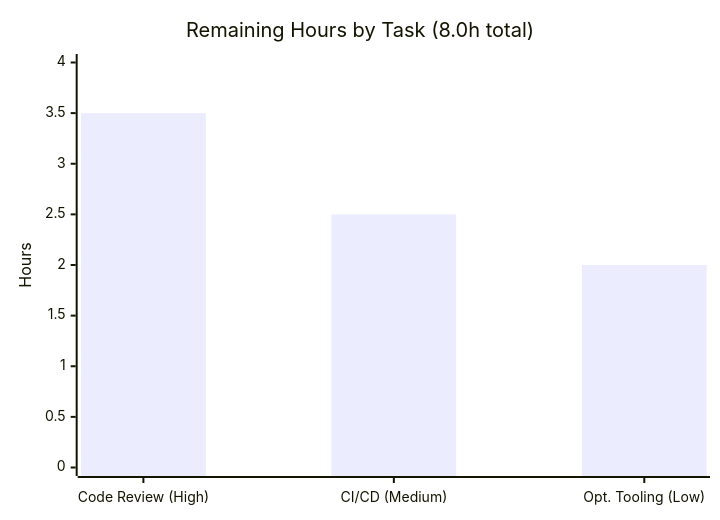
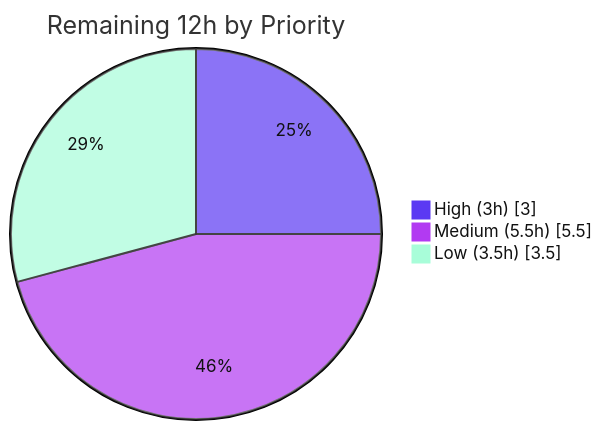
Before and after one commit to ajitblitzy/Society_mngt_300K_Nested: the third of 3 diagrams in blitzy/documentation/Project Guide.md, drawn with Mermaid. The commit also changed other lines of this file, not shown here.

Commit message:
Adding Blitzy Project Guide: Project Status and Human Tasks Remaining

````diff
--- a/blitzy/documentation/Project Guide.md
+++ b/blitzy/documentation/Project Guide.md
@@ -217,7 +215,7 @@
 ```mermaid
-xychart-beta
-    title "Remaining Hours by Task (8.0h total)"
-    x-axis ["Code Review (High)", "CI/CD (Medium)", "Opt. Tooling (Low)"]
-    y-axis "Hours" 0 --> 4
-    bar [3.5, 2.5, 2.0]
+%%{init: {'theme':'base', 'themeVariables': {'pie1':'#5B39F3','pie2':'#B23AF2','pie3':'#A8FDD9','pieStrokeColor':'#333333','pieSectionTextColor':'#111111','pieLegendTextColor':'#111111'}}}%%
+pie showData title Remaining 12h by Priority
+    "High (3h)" : 3
+    "Medium (5.5h)" : 5.5
+    "Low (3.5h)" : 3.5
 ```
````
